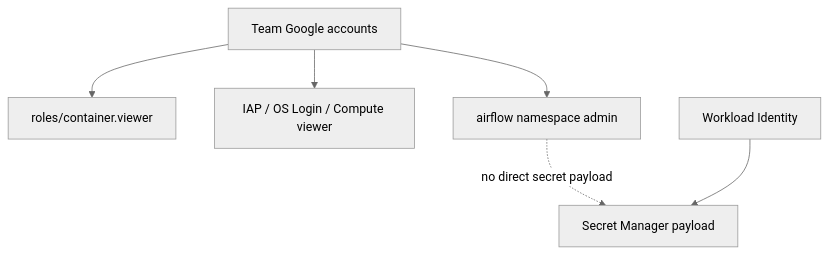
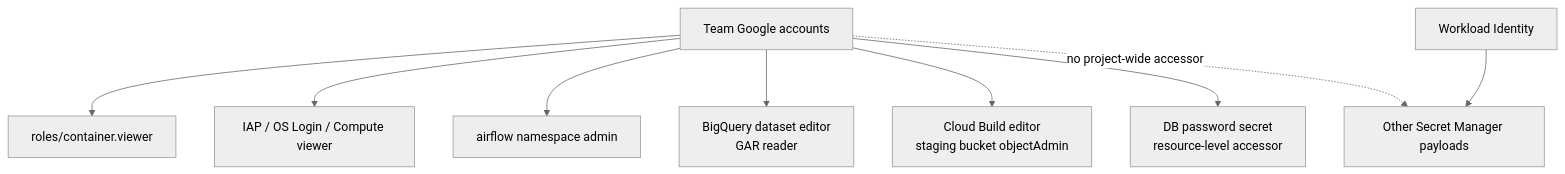
One commit to SKYAHO/Autoresearch-infra changed the ninth of 9 diagrams in docs/INFRASTRUCTURE_SUMMARY.md. Above: the diagram before and after it, drawn with Mermaid (neutral theme). The commit also changed other lines of this file and 2 other files, not shown here.

````diff
--- a/docs/INFRASTRUCTURE_SUMMARY.md
+++ b/docs/INFRASTRUCTURE_SUMMARY.md
@@ -541,15 +621,21 @@
 ```mermaid
 flowchart TB
     human["Team Google accounts"]
     gkeiam["roles/container.viewer"]
     iapiam["IAP / OS Login / Compute viewer"]
     nsrbac["airflow namespace admin"]
+    dataiam["BigQuery dataset editor<br/>GAR reader"]
+    buildiam["Cloud Build editor<br/>staging bucket objectAdmin"]
+    dbsecret["DB password secret<br/>resource-level accessor"]
     workload["Workload Identity"]
-    secrets["Secret Manager payload"]
+    secrets["Other Secret Manager payloads"]
 
     human --> gkeiam
     human --> iapiam
     human --> nsrbac
-    nsrbac -. no direct secret payload .-> secrets
+    human --> dataiam
+    human --> buildiam
+    human --> dbsecret
+    human -. no project-wide accessor .-> secrets
     workload --> secrets
 ```
````
